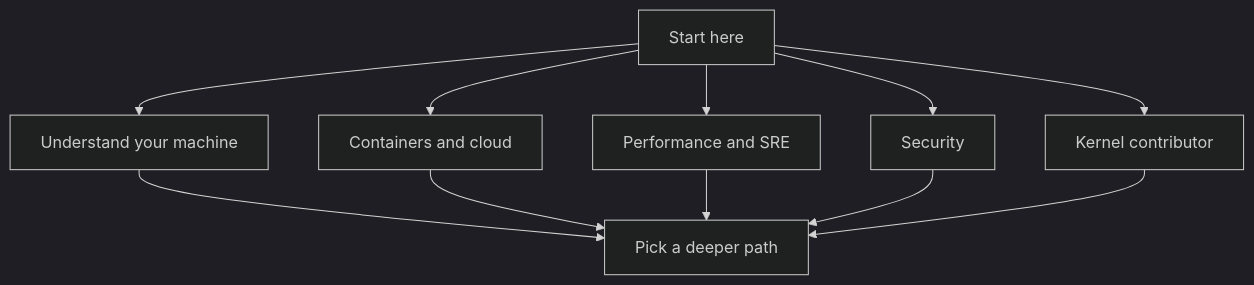
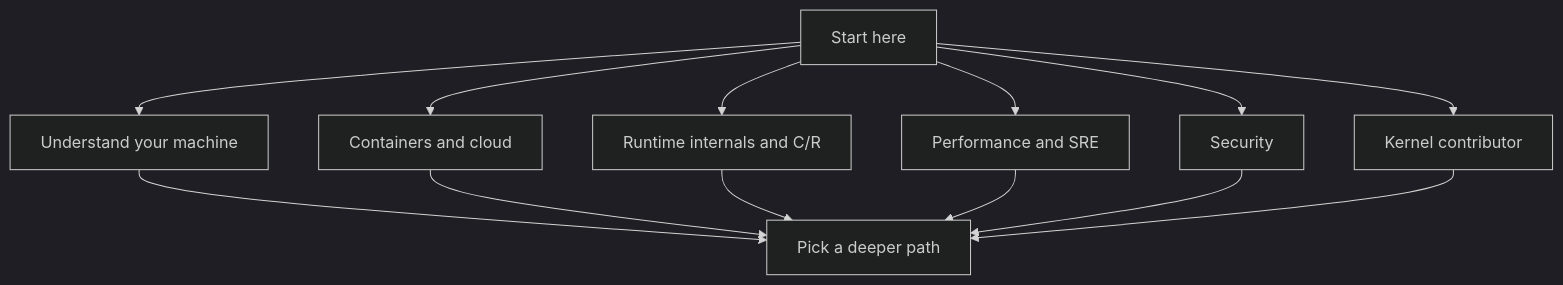
One commit to Tutanka01/LinuxKernelDeepDive-Web changed the diagram in content/start-here.md. Above: the diagram before and after it, drawn with Mermaid (dark theme). The commit also changed other lines of this file and 23 other files, not shown here.

````diff
--- a/content/start-here.md
+++ b/content/start-here.md
@@ -241,13 +298,15 @@
 ```mermaid
 graph TD
   A[Start here] --> B[Understand your machine]
   A --> C[Containers and cloud]
-  A --> D[Performance and SRE]
-  A --> E[Security]
-  A --> F[Kernel contributor]
-  B --> G[Pick a deeper path]
-  C --> G
-  D --> G
-  E --> G
-  F --> G
+  A --> D[Runtime internals and C/R]
+  A --> E[Performance and SRE]
+  A --> F[Security]
+  A --> G[Kernel contributor]
+  B --> H[Pick a deeper path]
+  C --> H
+  D --> H
+  E --> H
+  F --> H
+  G --> H
 ```
````
